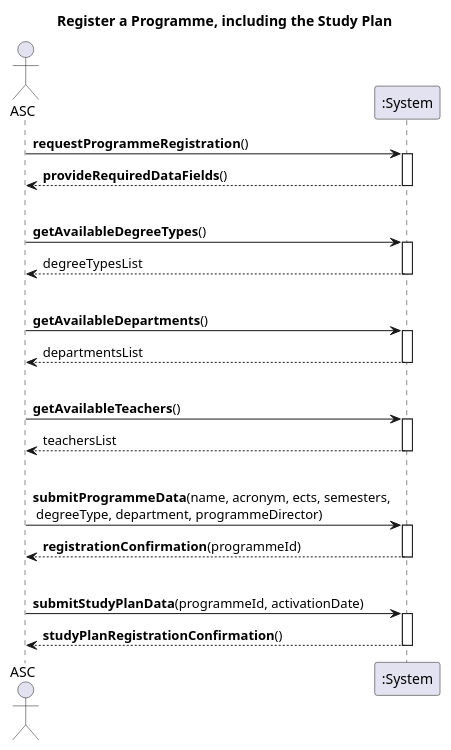
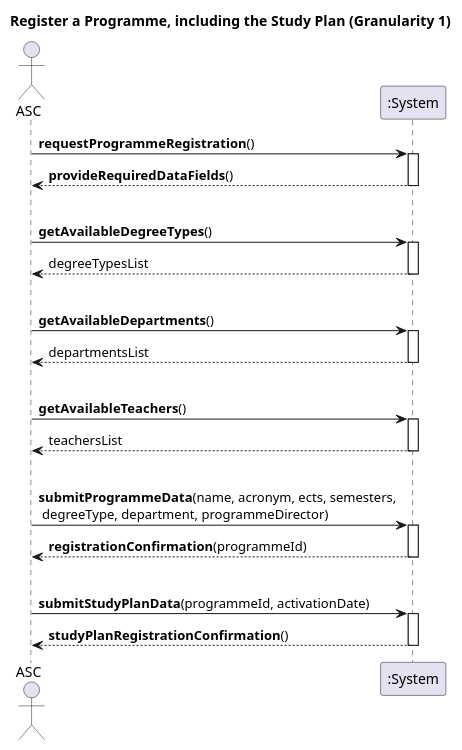
The diagram in docs/US27/Sprint6/ProcessView/Level1.puml (GasparISEP/DevOps-PAI), drawn with PlantUML before and after one commit.

Commit message:
Updated Level 1 process view for register programme, including study plan functionality, by modifying title. (Ref #527)

```diff
--- a/docs/US27/Sprint6/ProcessView/Level1.puml
+++ b/docs/US27/Sprint6/ProcessView/Level1.puml
@@ -1,35 +1,35 @@
 @startuml
-title Register a Programme, including the Study Plan
+title Register a Programme, including the Study Plan (Granularity 1)
 actor ASC
 participant ":System" as system
 
 ASC -> system: **requestProgrammeRegistration**()
 activate system
 system --> ASC: **provideRequiredDataFields**()
 deactivate system
 |||
 ASC -> system: **getAvailableDegreeTypes**()
 activate system
 system --> ASC: degreeTypesList
 deactivate system
 |||
 ASC -> system: **getAvailableDepartments**()
 activate system
 system --> ASC: departmentsList
 deactivate system
 |||
 ASC -> system: **getAvailableTeachers**()
 activate system
 system --> ASC: teachersList
 deactivate system
 |||
 ASC -> system: **submitProgrammeData**(name, acronym, ects, semesters,\n degreeType, department, programmeDirector)
 activate system
 system --> ASC: **registrationConfirmation**(programmeId)
 deactivate system
 |||
 ASC -> system: **submitStudyPlanData**(programmeId, activationDate)
 activate system
 system --> ASC: **studyPlanRegistrationConfirmation**()
 deactivate system
 @enduml
```
